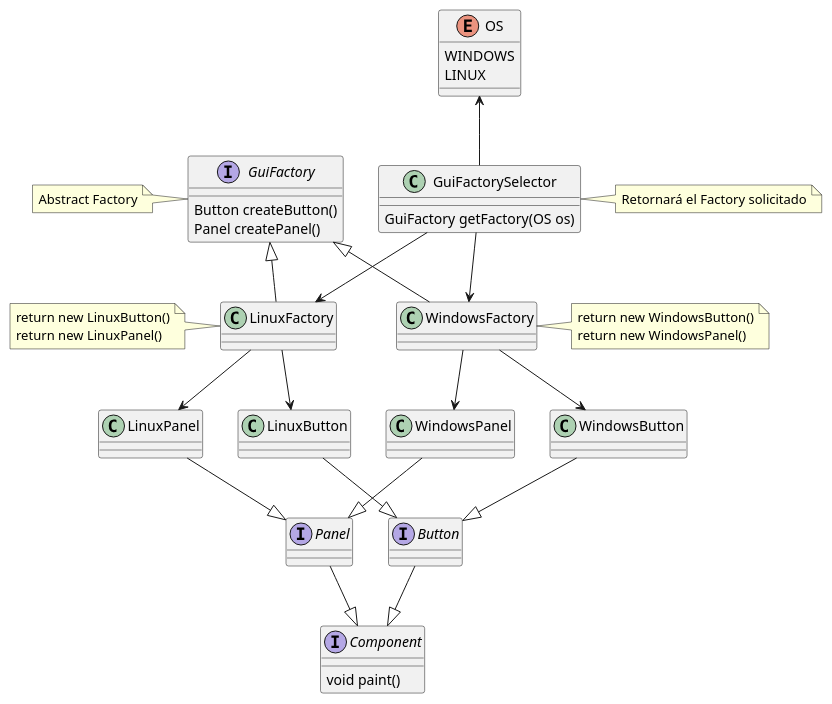
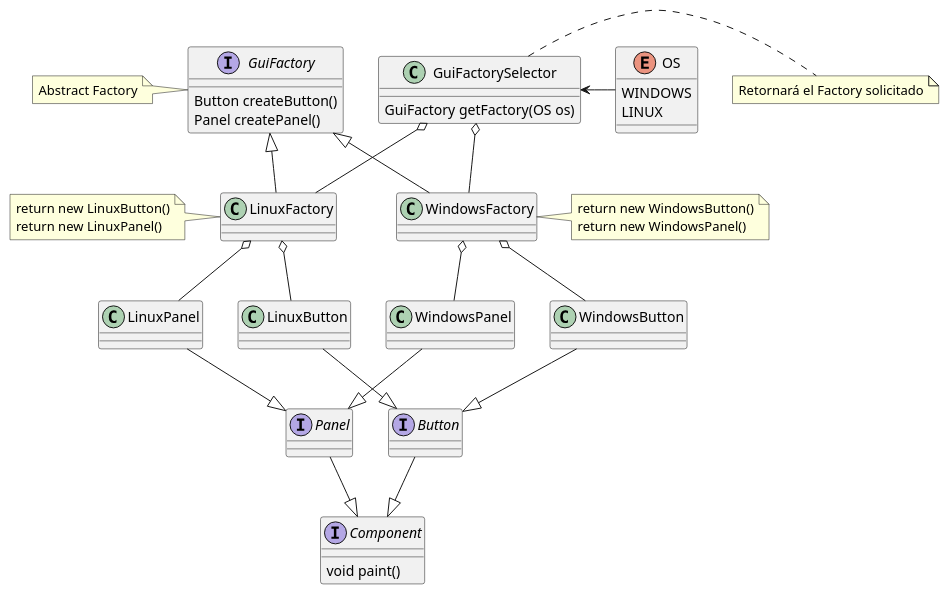
The diagram in plantuml/abstractfactory.puml (sauljabin/java-design-patterns), drawn with PlantUML before and after one commit. The commit also changed 15 other files, not shown here.

```diff
--- a/plantuml/abstractfactory.puml
+++ b/plantuml/abstractfactory.puml
@@ -1,57 +1,57 @@
 @startuml
 
 interface GuiFactory {
 Button createButton()
 Panel createPanel()
 }
 
 GuiFactory <|-- WindowsFactory
 GuiFactory <|-- LinuxFactory
 
 enum OS {
 WINDOWS
 LINUX
 }
 
 class GuiFactorySelector {
 GuiFactory getFactory(OS os)
 }
 
 interface Component {
 void paint()
 }
 interface Panel
 interface Button
 
 Button -down-|> Component
 Panel -down-|> Component
 
 WindowsButton -down-|> Button
 LinuxButton -down-|> Button
 
 WindowsPanel -down-|> Panel
 LinuxPanel -down-|> Panel
 
-GuiFactorySelector --> WindowsFactory
-GuiFactorySelector --> LinuxFactory
-GuiFactorySelector -up-> OS
+GuiFactorySelector o-- WindowsFactory
+GuiFactorySelector o-- LinuxFactory
+GuiFactorySelector <- OS
 
-WindowsFactory -down-> WindowsPanel
-WindowsFactory -down-> WindowsButton
+WindowsFactory o-down- WindowsPanel
+WindowsFactory o-down- WindowsButton
 
-LinuxFactory -down-> LinuxPanel
-LinuxFactory -down-> LinuxButton
+LinuxFactory o-down- LinuxPanel
+LinuxFactory o-down- LinuxButton
 
 note "Retornará el Factory solicitado" as NoteGuiFactorySelector
 GuiFactorySelector .right. NoteGuiFactorySelector
 
 note "Abstract Factory" as NoteGuiFactory
 GuiFactory .left. NoteGuiFactory
 
 note "return new WindowsButton()\nreturn new WindowsPanel()" as NoteWindowsFactory
 WindowsFactory .right. NoteWindowsFactory
 
 note "return new LinuxButton()\nreturn new LinuxPanel()" as NoteLinuxFactory
 LinuxFactory .left. NoteLinuxFactory
 
 @enduml
```
